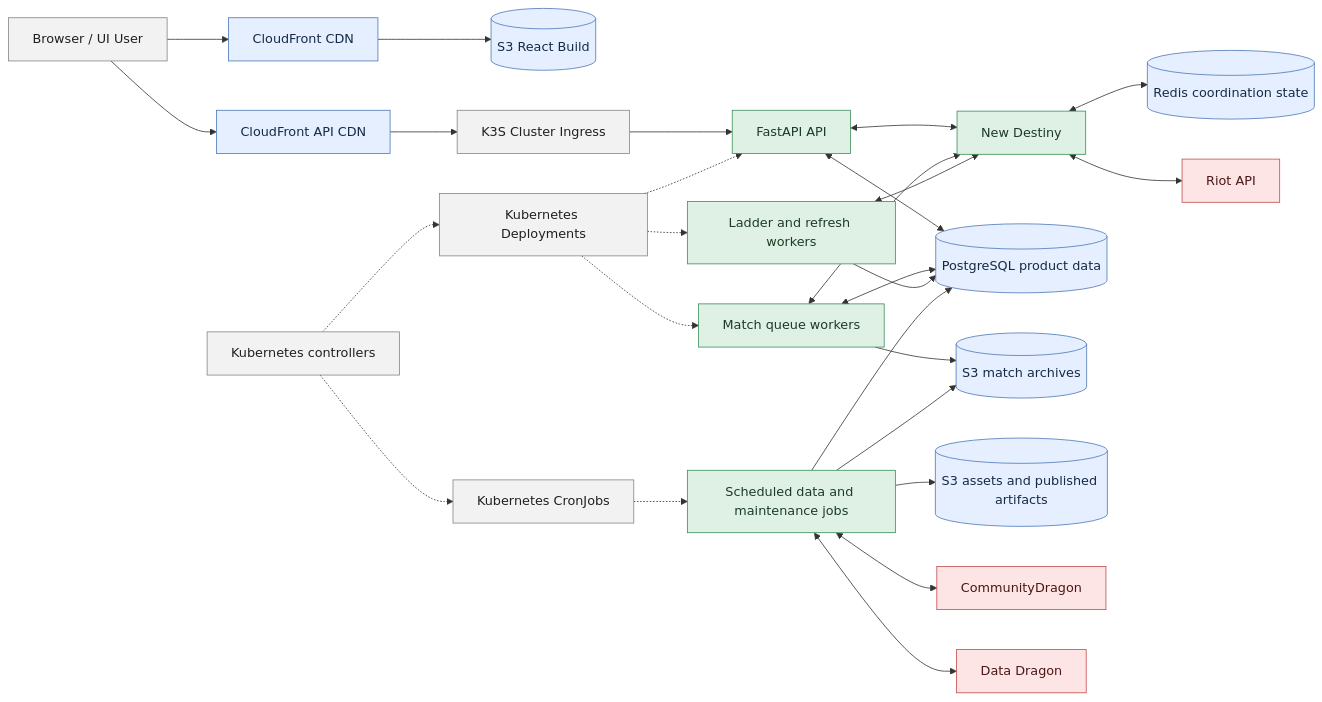
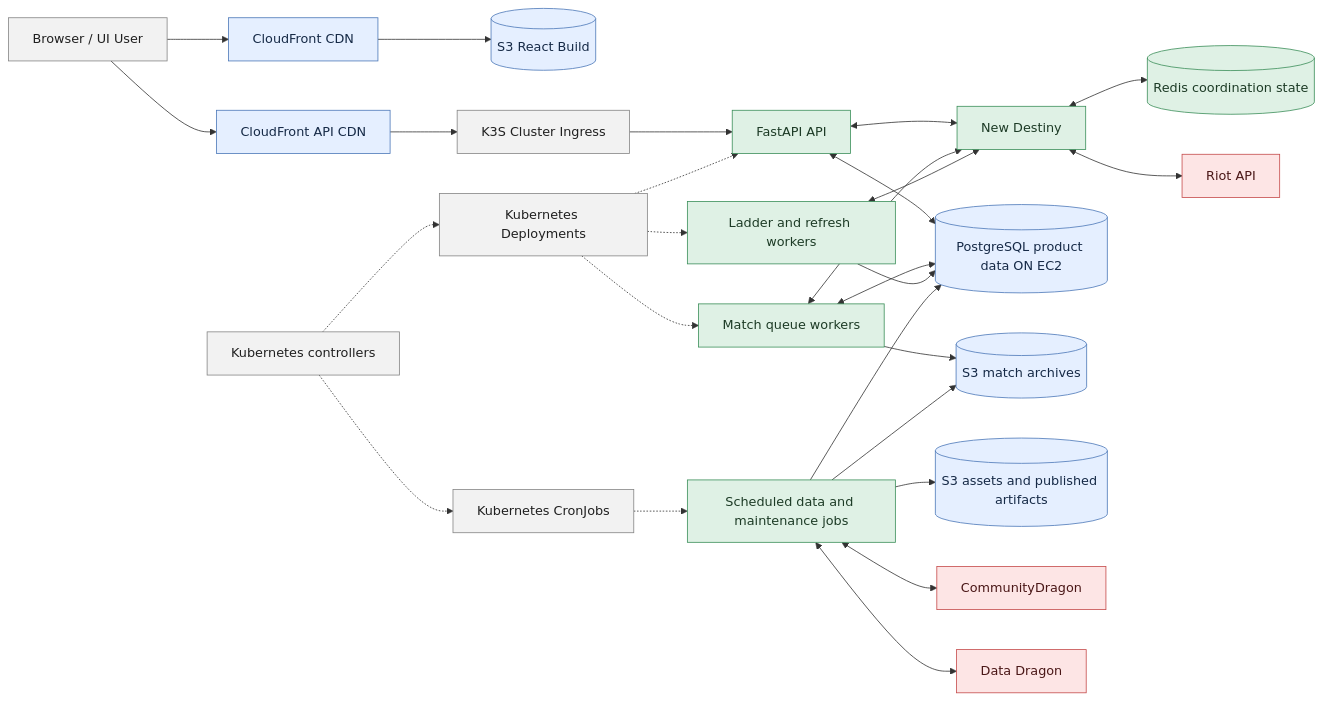
One commit to winrates-gg/wrgg-public-documentation changed the second of 8 diagrams in docs/backend-runtime.md. Above: the diagram before and after it, drawn with Mermaid. The commit also changed other lines of this file and 5 other files, not shown here.

````diff
--- a/docs/backend-runtime.md
+++ b/docs/backend-runtime.md
@@ -133,64 +133,65 @@
 ```mermaid
 flowchart LR
     Browser[Browser / UI User]
     CloudFront[CloudFront CDN]
     APICloudFront[CloudFront API CDN]
     PublicSite[(S3 React Build)]
     APIIngress[K3S Cluster Ingress]
     API[FastAPI API]
     Controllers[Kubernetes controllers]
     Deployments[Kubernetes Deployments]
     CronJobs[Kubernetes CronJobs]
     MatchWorker[Match queue workers]
     LadderWorker[Ladder and refresh workers]
     Jobs[Scheduled data and maintenance jobs]
     NewDestiny[New Destiny]
     Redis[(Redis coordination state)]
-    Postgres[(PostgreSQL product data)]
+    Postgres[(PostgreSQL product data ON EC2)]
     Archives[(S3 match archives)]
     Assets[(S3 assets and published artifacts)]
     Riot[Riot API]
     CommunityDragon[CommunityDragon]
     DataDragon[Data Dragon]
 
     Browser --> CloudFront
     CloudFront --> PublicSite
     Browser --> APICloudFront
     APICloudFront --> APIIngress
     APIIngress --> API
 
     Controllers -.-> Deployments
     Controllers -.-> CronJobs
     Deployments -.-> API
     Deployments -.-> MatchWorker
     Deployments -.-> LadderWorker
     CronJobs -.-> Jobs
 
     API <--> NewDestiny
     MatchWorker <--> NewDestiny
     LadderWorker <--> NewDestiny
     NewDestiny <--> Redis
     NewDestiny <--> Riot
 
     API <--> Postgres
     MatchWorker <--> Postgres
     MatchWorker --> Archives
     LadderWorker --> Postgres
     Jobs <--> CommunityDragon
     Jobs <--> DataDragon
     Jobs --> Postgres
     Jobs --> Assets
     Jobs --> Archives
 
     classDef user fill:#f2f2f2,stroke:#858585,color:#202020
     classDef platform fill:#f2f2f2,stroke:#858585,color:#202020
     classDef backend fill:#dff1e5,stroke:#3b8f5a,color:#1d3b26
     classDef aws fill:#e5efff,stroke:#4c78b8,color:#162a47
     classDef external fill:#fde5e5,stroke:#c54b4b,color:#4a1717
 
     class Browser user
     class Controllers,Deployments,CronJobs,APIIngress platform
     class API,MatchWorker,LadderWorker,Jobs,NewDestiny backend
-    class CloudFront,APICloudFront,PublicSite,Redis,Postgres,Archives,Assets aws
+    class CloudFront,APICloudFront,PublicSite,Postgres,Archives,Assets aws
+    class Redis backend
     class Riot,CommunityDragon,DataDragon external
 ```
````
